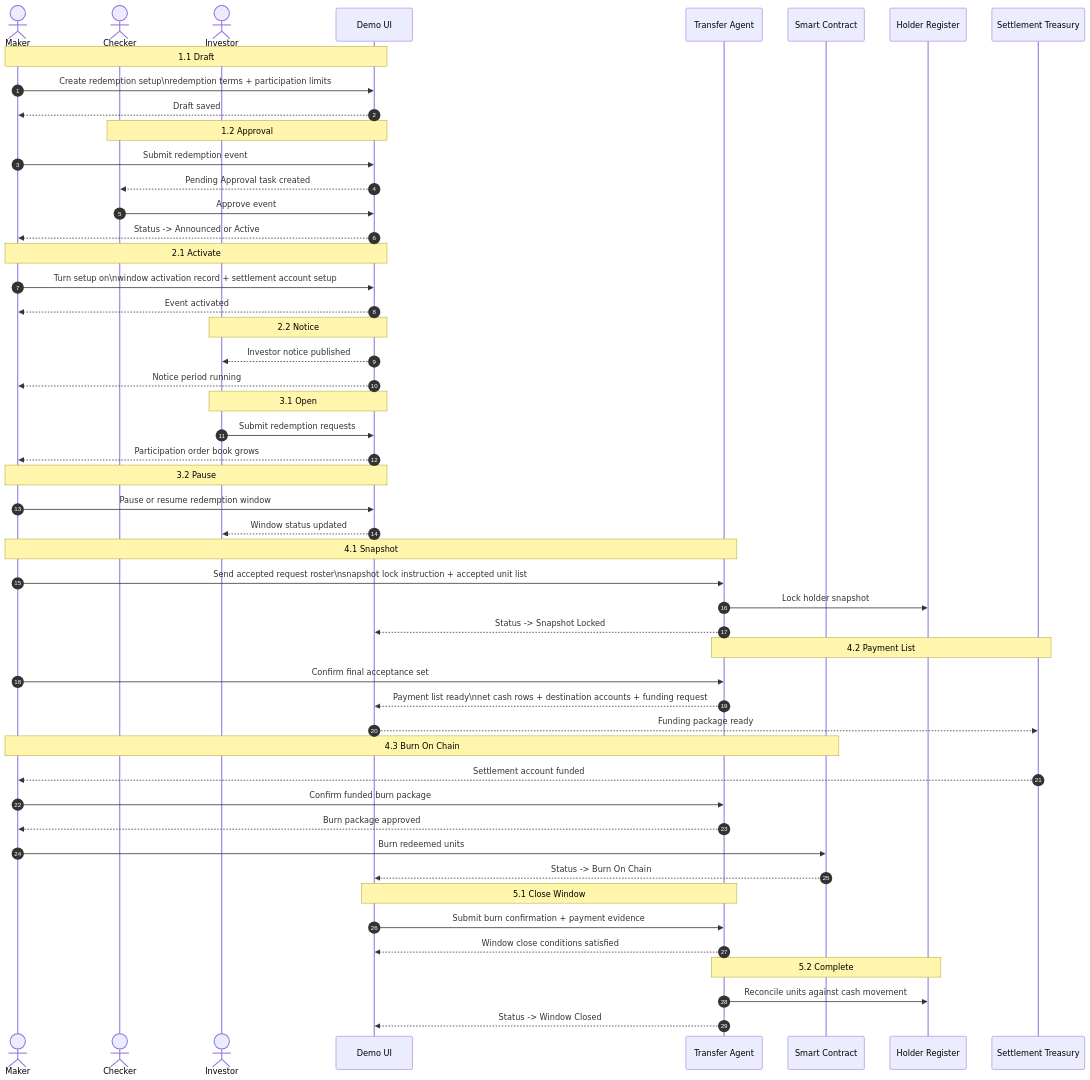
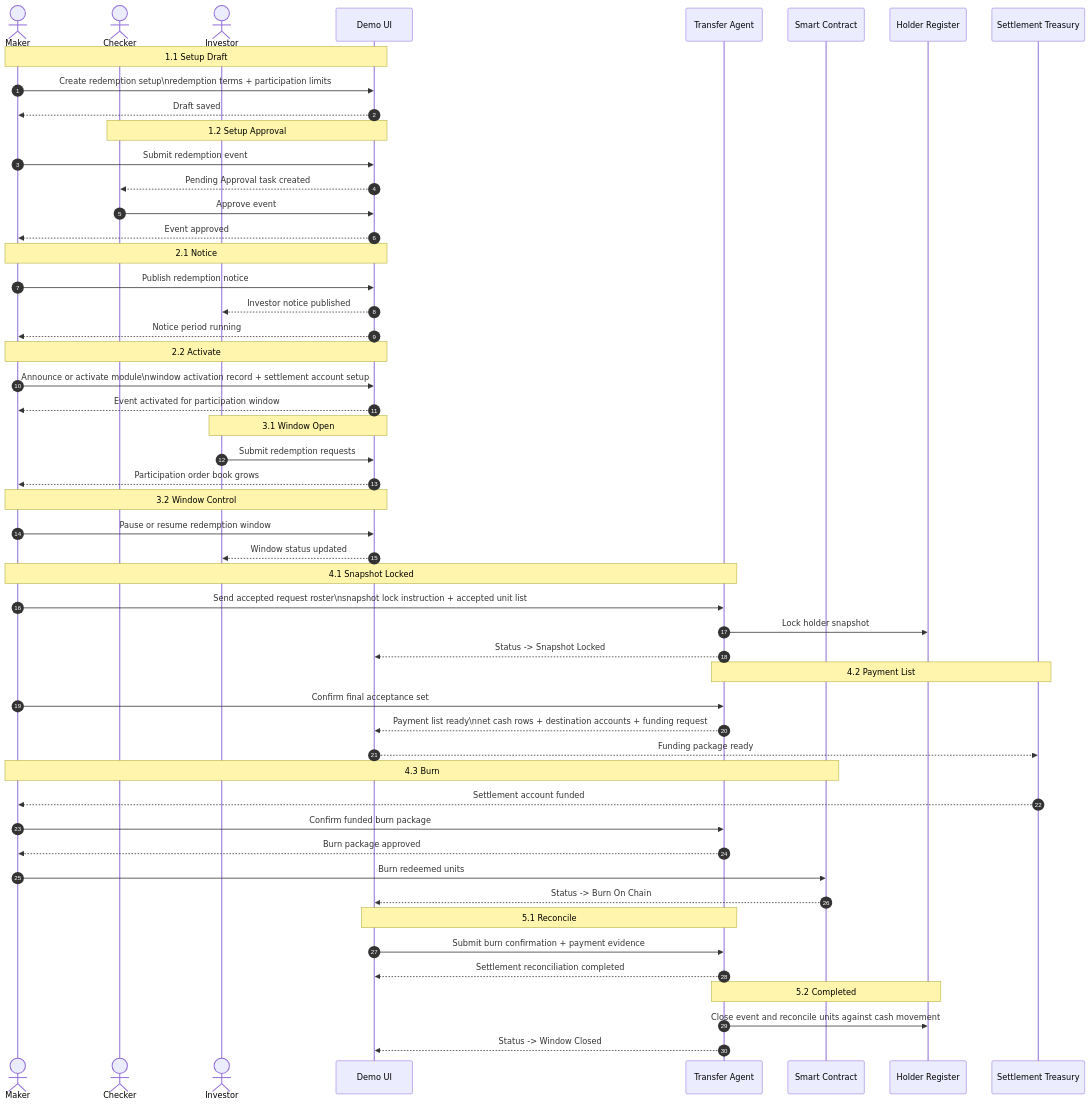
Before and after one commit to JohnLiuSCIE/fund-rwa-demo: the third of 6 diagrams in 05_Architecture/Diagrams/ARCH - Fund Lifecycle Sequence Diagrams.md, drawn with Mermaid. The commit also changed other lines of this file and 3 other files, not shown here.

Commit message:
Align fund workflow sequence diagrams

````diff
--- a/05_Architecture/Diagrams/ARCH - Fund Lifecycle Sequence Diagrams.md
+++ b/05_Architecture/Diagrams/ARCH - Fund Lifecycle Sequence Diagrams.md
@@ -164,63 +164,64 @@
 ```mermaid
 sequenceDiagram
     autonumber
     actor Maker as Maker
     actor Checker as Checker
     actor Investor as Investor
     participant UI as Demo UI
     participant TA as Transfer Agent
     participant Chain as Smart Contract
     participant Register as Holder Register
     participant Treasury as Settlement Treasury
 
-    note over Maker,UI: 1.1 Draft
+    note over Maker,UI: 1.1 Setup Draft
     Maker->>UI: Create redemption setup\nredemption terms + participation limits
     UI-->>Maker: Draft saved
 
-    note over Checker,UI: 1.2 Approval
+    note over Checker,UI: 1.2 Setup Approval
     Maker->>UI: Submit redemption event
     UI-->>Checker: Pending Approval task created
     Checker->>UI: Approve event
-    UI-->>Maker: Status -> Announced or Active
+    UI-->>Maker: Event approved
 
-    note over Maker,UI: 2.1 Activate
-    Maker->>UI: Turn setup on\nwindow activation record + settlement account setup
-    UI-->>Maker: Event activated
-
-    note over UI,Investor: 2.2 Notice
+    note over Maker,UI: 2.1 Notice
+    Maker->>UI: Publish redemption notice
     UI-->>Investor: Investor notice published
     UI-->>Maker: Notice period running
 
-    note over Investor,UI: 3.1 Open
+    note over Maker,UI: 2.2 Activate
+    Maker->>UI: Announce or activate module\nwindow activation record + settlement account setup
+    UI-->>Maker: Event activated for participation window
+
+    note over Investor,UI: 3.1 Window Open
     Investor->>UI: Submit redemption requests
     UI-->>Maker: Participation order book grows
 
-    note over Maker,UI: 3.2 Pause
+    note over Maker,UI: 3.2 Window Control
     Maker->>UI: Pause or resume redemption window
     UI-->>Investor: Window status updated
 
-    note over Maker,TA: 4.1 Snapshot
+    note over Maker,TA: 4.1 Snapshot Locked
     Maker->>TA: Send accepted request roster\nsnapshot lock instruction + accepted unit list
     TA->>Register: Lock holder snapshot
     TA-->>UI: Status -> Snapshot Locked
 
     note over TA,Treasury: 4.2 Payment List
     Maker->>TA: Confirm final acceptance set
     TA-->>UI: Payment list ready\nnet cash rows + destination accounts + funding request
     UI-->>Treasury: Funding package ready
 
-    note over Maker,Chain: 4.3 Burn On Chain
+    note over Maker,Chain: 4.3 Burn
     Treasury-->>Maker: Settlement account funded
     Maker->>TA: Confirm funded burn package
     TA-->>Maker: Burn package approved
     Maker->>Chain: Burn redeemed units
     Chain-->>UI: Status -> Burn On Chain
 
-    note over TA,UI: 5.1 Close Window
+    note over TA,UI: 5.1 Reconcile
     UI->>TA: Submit burn confirmation + payment evidence
-    TA-->>UI: Window close conditions satisfied
+    TA-->>UI: Settlement reconciliation completed
 
-    note over TA,Register: 5.2 Complete
-    TA->>Register: Reconcile units against cash movement
+    note over TA,Register: 5.2 Completed
+    TA->>Register: Close event and reconcile units against cash movement
     TA-->>UI: Status -> Window Closed
 ```
````
